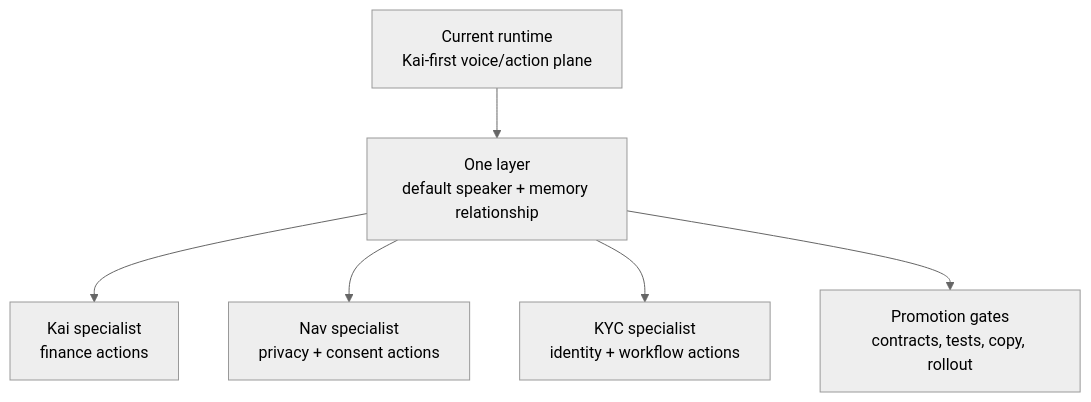
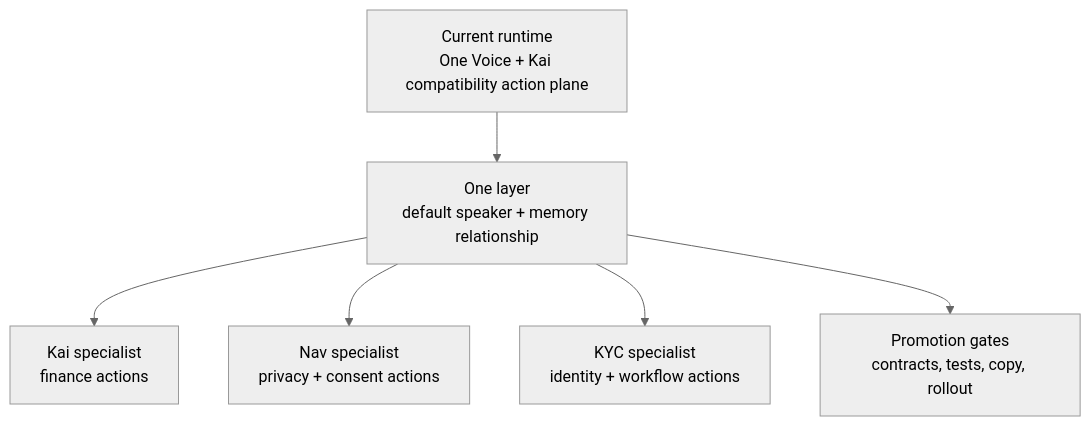
One commit to hushh-labs/hushh-research changed the diagram in docs/future/one-nav-runtime-plan.md. Above: the diagram before and after it, drawn with Mermaid (neutral theme). The commit also changed 180 other files, not shown here.

Commit message:
feat: align One Voice runtime and docs governance

````diff
--- a/docs/future/one-nav-runtime-plan.md
+++ b/docs/future/one-nav-runtime-plan.md
@@ -7,15 +7,15 @@
 ```mermaid
 flowchart TB
-  current["Current runtime<br/>Kai-first voice/action plane"]
+  current["Current runtime<br/>One Voice + Kai compatibility action plane"]
   one["One layer<br/>default speaker + memory relationship"]
   kai["Kai specialist<br/>finance actions"]
   nav["Nav specialist<br/>privacy + consent actions"]
   kyc["KYC specialist<br/>identity + workflow actions"]
   gates["Promotion gates<br/>contracts, tests, copy, rollout"]
 
   current --> one
   one --> kai
   one --> nav
   one --> kyc
   one --> gates
 ```
````
